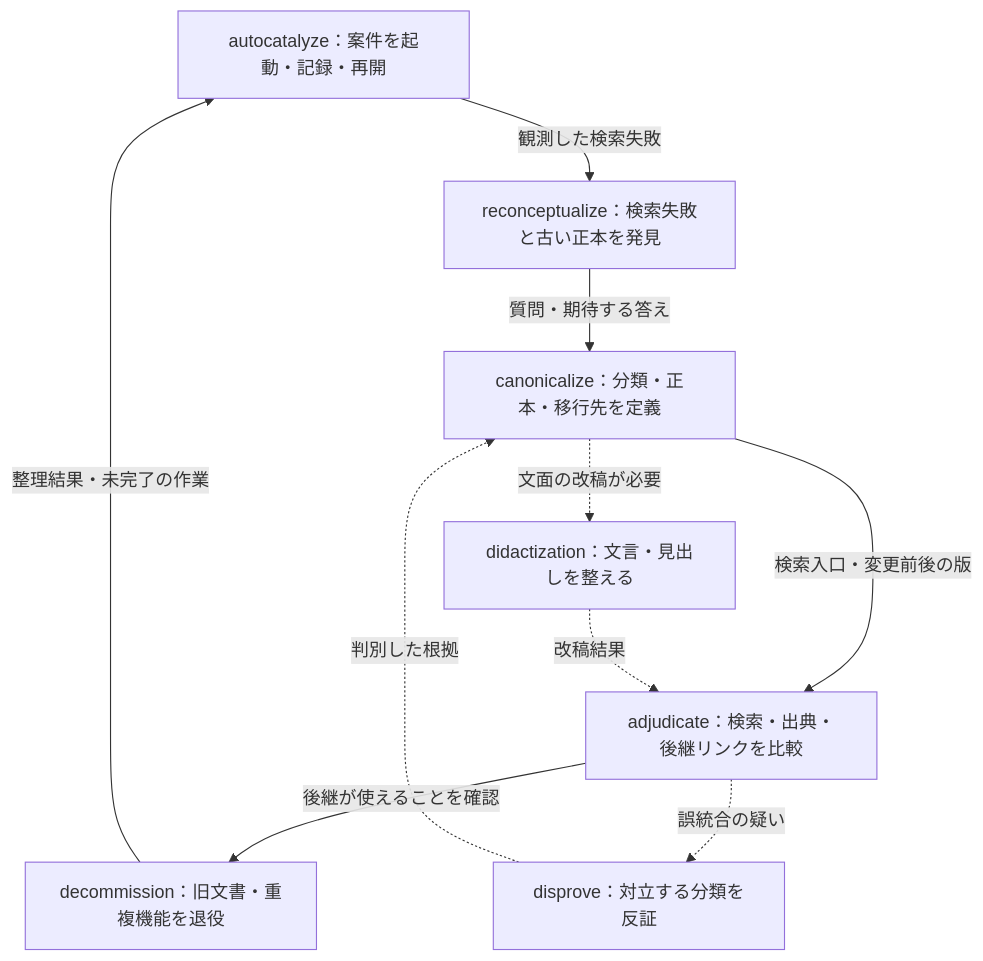
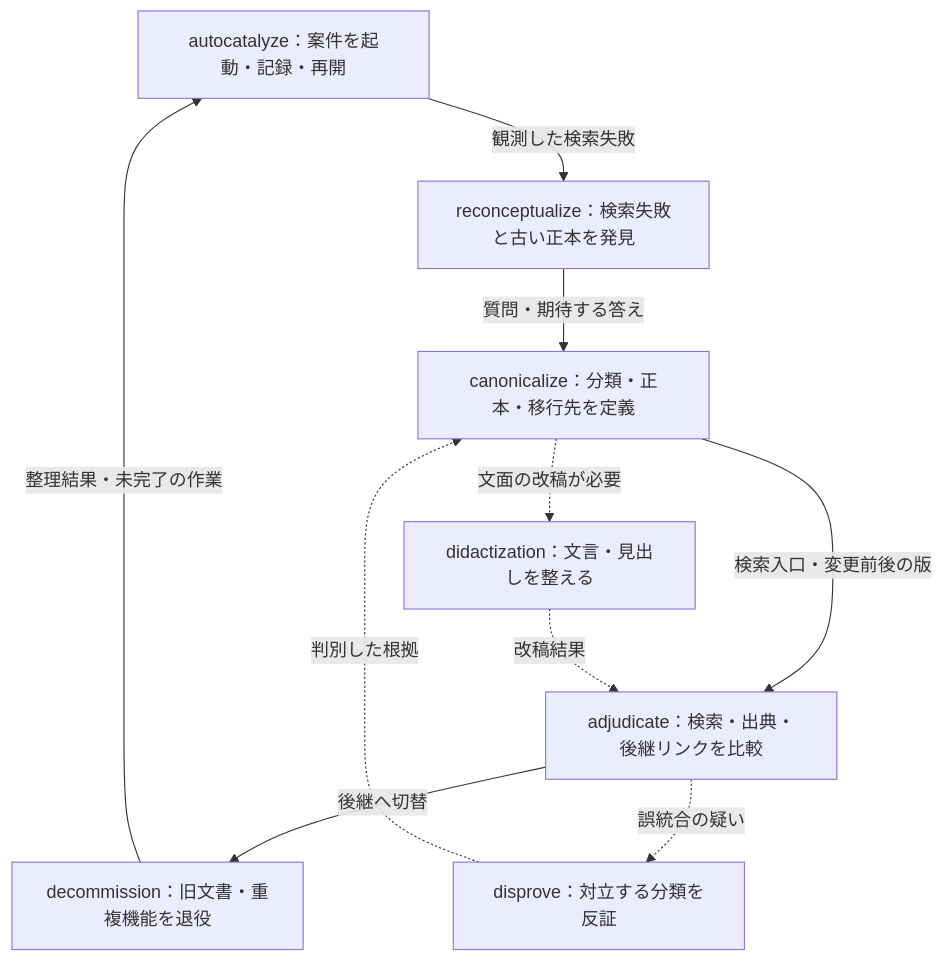
The diagram in bibles/knowledge-and-obsidian.md (KAFKA2306/kafstyler), drawn with Mermaid before and after one commit. The commit also changed other lines of this file and 7 other files, not shown here.

````diff
--- a/bibles/knowledge-and-obsidian.md
+++ b/bibles/knowledge-and-obsidian.md
@@ -48,12 +48,12 @@
 ```mermaid
 flowchart TD
     autocatalyze["autocatalyze：案件を起動・記録・再開"] -->|観測した検索失敗| reconceptualize["reconceptualize：検索失敗と古い正本を発見"]
     reconceptualize -->|質問・期待する答え| canonicalize["canonicalize：分類・正本・移行先を定義"]
     canonicalize -->|検索入口・変更前後の版| adjudicate["adjudicate：検索・出典・後継リンクを比較"]
-    adjudicate -->|後継が使えることを確認| decommission["decommission：旧文書・重複機能を退役"]
+    adjudicate -->|後継へ切替| decommission["decommission：旧文書・重複機能を退役"]
     decommission -->|整理結果・未完了の作業| autocatalyze
     canonicalize -.->|文面の改稿が必要| didactization["didactization：文言・見出しを整える"]
     didactization -.->|改稿結果| adjudicate
     adjudicate -.->|誤統合の疑い| disprove["disprove：対立する分類を反証"]
     disprove -.->|判別した根拠| canonicalize
 ```
````
